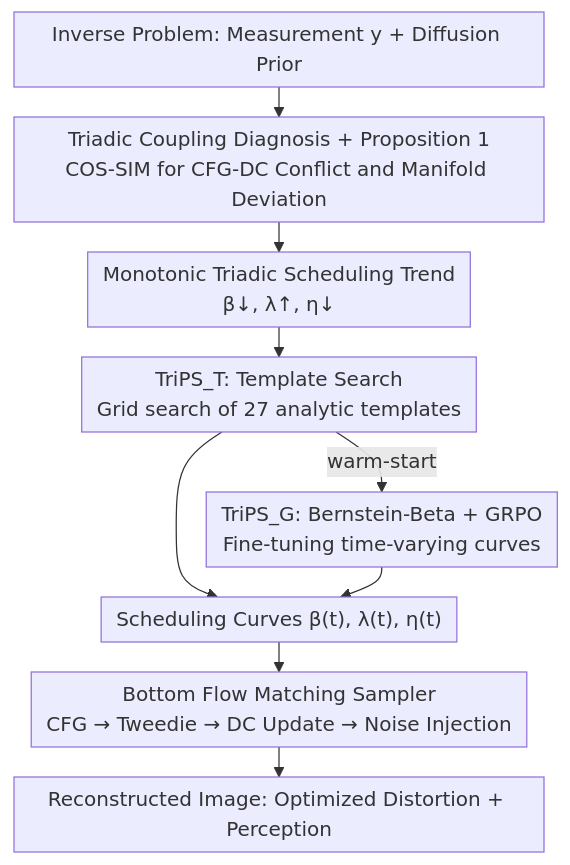
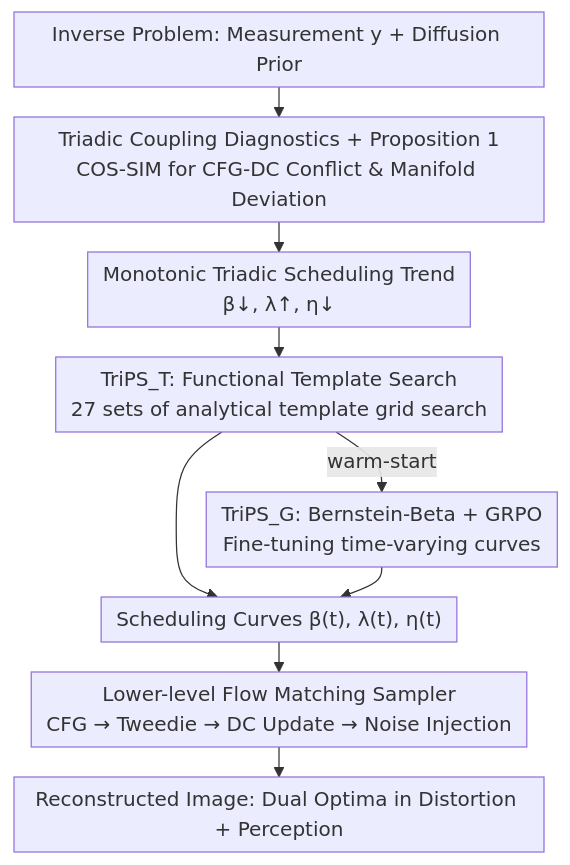
One commit to zhaoyang97/Paper-Notes-en changed the diagram in docs/ICML2026/image_restoration/triadic_dynamics_aware_diffusion_posterior_sampling_for_inverse_problems_optimiz.md. Above: the diagram before and after it, drawn with Mermaid. The commit also changed other lines of this file and 5084 other files, not shown here.

````diff
--- a/docs/ICML2026/image_restoration/triadic_dynamics_aware_diffusion_posterior_sampling_for_inverse_problems_optimiz.md
+++ b/docs/ICML2026/image_restoration/triadic_dynamics_aware_diffusion_posterior_sampling_for_inverse_problems_optimiz.md
@@ -49,12 +49,12 @@
 ```mermaid
 %%{init: {'flowchart': {'rankSpacing': 24, 'nodeSpacing': 28, 'padding': 6, 'wrappingWidth': 400}}}%%
 flowchart TD
-    A["Inverse Problem: Measurement y + Diffusion Prior"] --> B["Triadic Coupling Diagnosis + Proposition 1<br/>COS-SIM for CFG-DC Conflict and Manifold Deviation"]
+    A["Inverse Problem: Measurement y + Diffusion Prior"] --> B["Triadic Coupling Diagnostics + Proposition 1<br/>COS-SIM for CFG-DC Conflict & Manifold Deviation"]
     B --> C["Monotonic Triadic Scheduling Trend<br/>β↓, λ↑, η↓"]
-    C --> D["TriPS_T: Template Search<br/>Grid search of 27 analytic templates"]
+    C --> D["TriPS_T: Functional Template Search<br/>27 sets of analytical template grid search"]
     D -->|warm-start| E["TriPS_G: Bernstein-Beta + GRPO<br/>Fine-tuning time-varying curves"]
     D --> F["Scheduling Curves β(t), λ(t), η(t)"]
     E --> F
-    F --> G["Bottom Flow Matching Sampler<br/>CFG → Tweedie → DC Update → Noise Injection"]
-    G --> H["Reconstructed Image: Optimized Distortion + Perception"]
+    F --> G["Lower-level Flow Matching Sampler<br/>CFG → Tweedie → DC Update → Noise Injection"]
+    G --> H["Reconstructed Image: Dual Optima in Distortion + Perception"]
 ```
````
